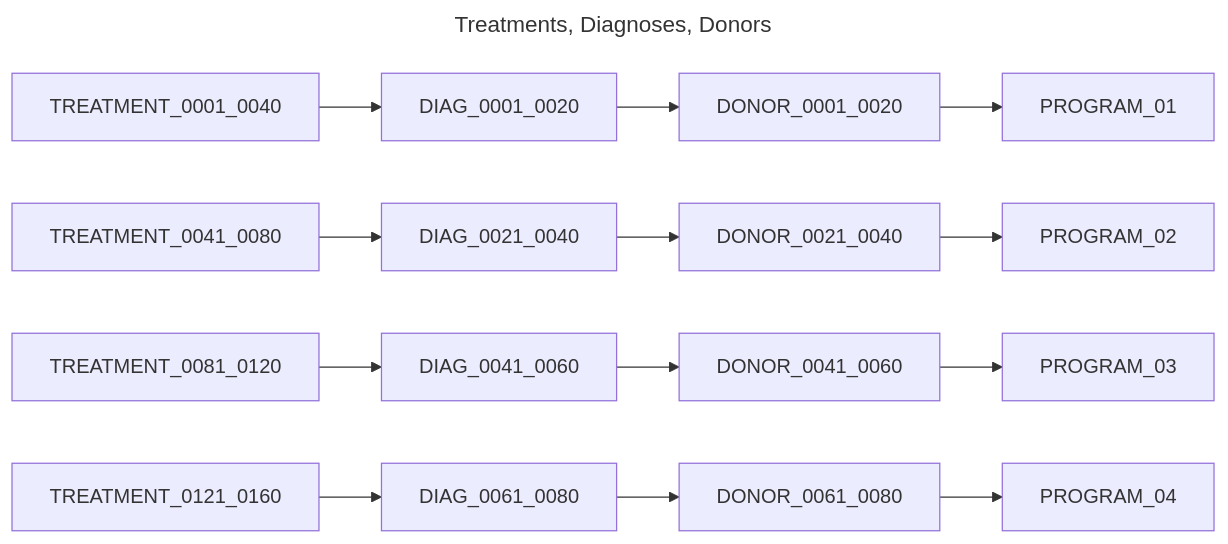
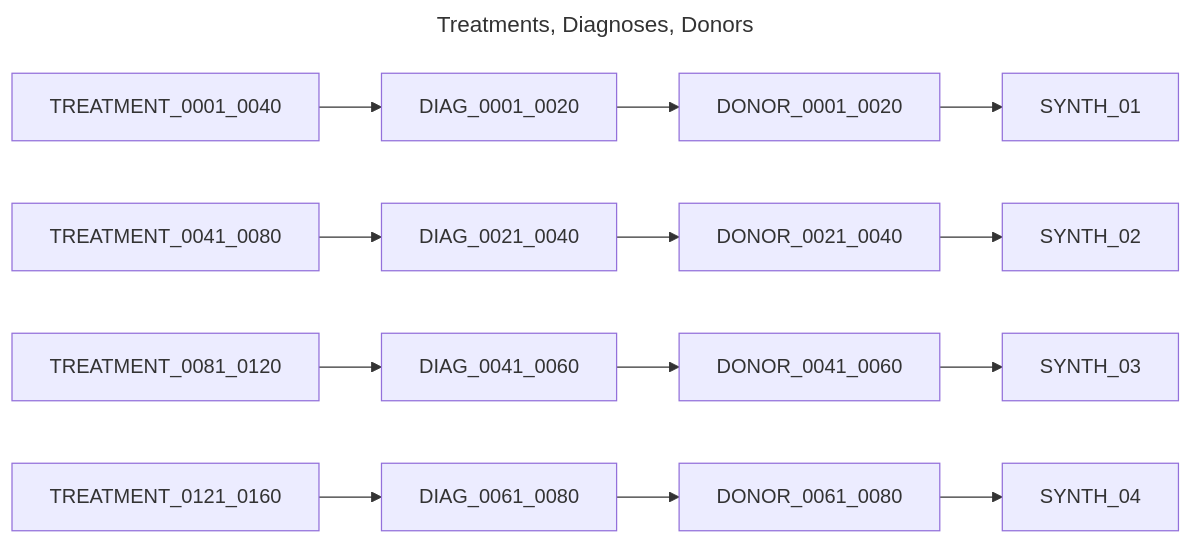
One commit to CanDIG/katsu changed the third of 9 diagrams in chord_metadata_service/mohpackets/data/small_dataset/README.md. Above: the diagram before and after it, drawn with Mermaid. The commit also changed other lines of this file and 14 other files, not shown here.

````diff
--- a/chord_metadata_service/mohpackets/data/small_dataset/README.md
+++ b/chord_metadata_service/mohpackets/data/small_dataset/README.md
@@ -53,14 +53,14 @@
 ```mermaid
 ---
 title: Treatments, Diagnoses, Donors
 ---
 graph LR;  
-  DIAG_0001_0020 --> DONOR_0001_0020 --> PROGRAM_01;  
-  DIAG_0021_0040 --> DONOR_0021_0040 --> PROGRAM_02;  
-  DIAG_0041_0060 --> DONOR_0041_0060 --> PROGRAM_03;  
-  DIAG_0061_0080 --> DONOR_0061_0080 --> PROGRAM_04;
+  DIAG_0001_0020 --> DONOR_0001_0020 --> SYNTH_01;  
+  DIAG_0021_0040 --> DONOR_0021_0040 --> SYNTH_02;  
+  DIAG_0041_0060 --> DONOR_0041_0060 --> SYNTH_03;  
+  DIAG_0061_0080 --> DONOR_0061_0080 --> SYNTH_04;
   TREATMENT_0001_0040 --> DIAG_0001_0020;
   TREATMENT_0041_0080 --> DIAG_0021_0040;  
   TREATMENT_0081_0120 --> DIAG_0041_0060; 
   TREATMENT_0121_0160 --> DIAG_0061_0080;
 ```
````
